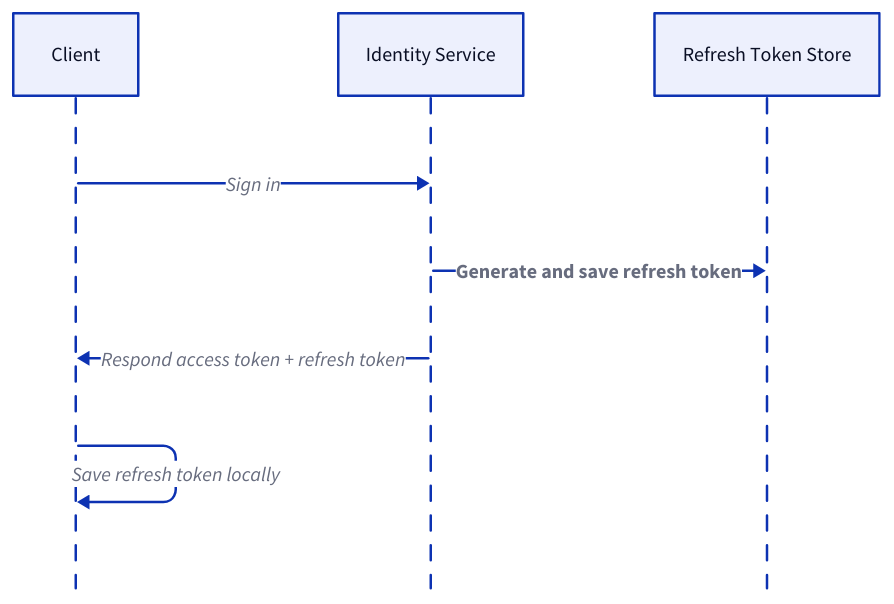
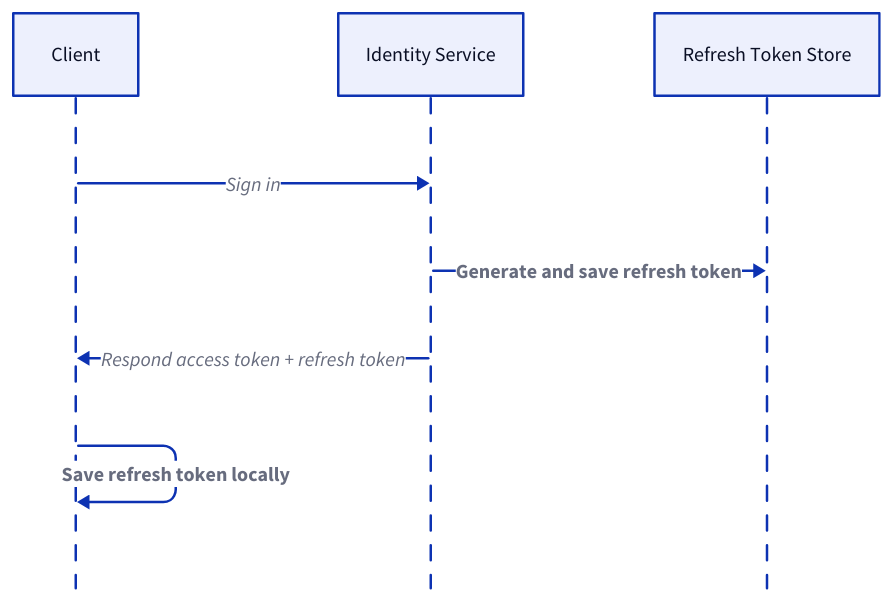
Before and after one commit to link1905/system-design-101: the sixth of 26 diagrams in content/docs/system-administration/system-protection/iam.md, drawn with D2. The commit also changed other lines of this file and 49 other files, not shown here.

````diff
--- a/content/docs/system-administration/system-protection/iam.md
+++ b/content/docs/system-administration/system-protection/iam.md
@@ -305,19 +300,21 @@
 ```d2
 shape: sequence_diagram
 c: Client {
     class: client
 }
 a: Identity Service {
     class: server
 }
 store: Refresh Token Store {
     class: cache
 }
 
 c -> a: Sign in
 a -> store: Generate and save refresh token {
     style.bold: true
 }
 c <- a: Respond access token + refresh token
-c -> c: Save refresh token locally
+c -> c: Save refresh token locally {
+    style.bold: true
+}
 ```
````
